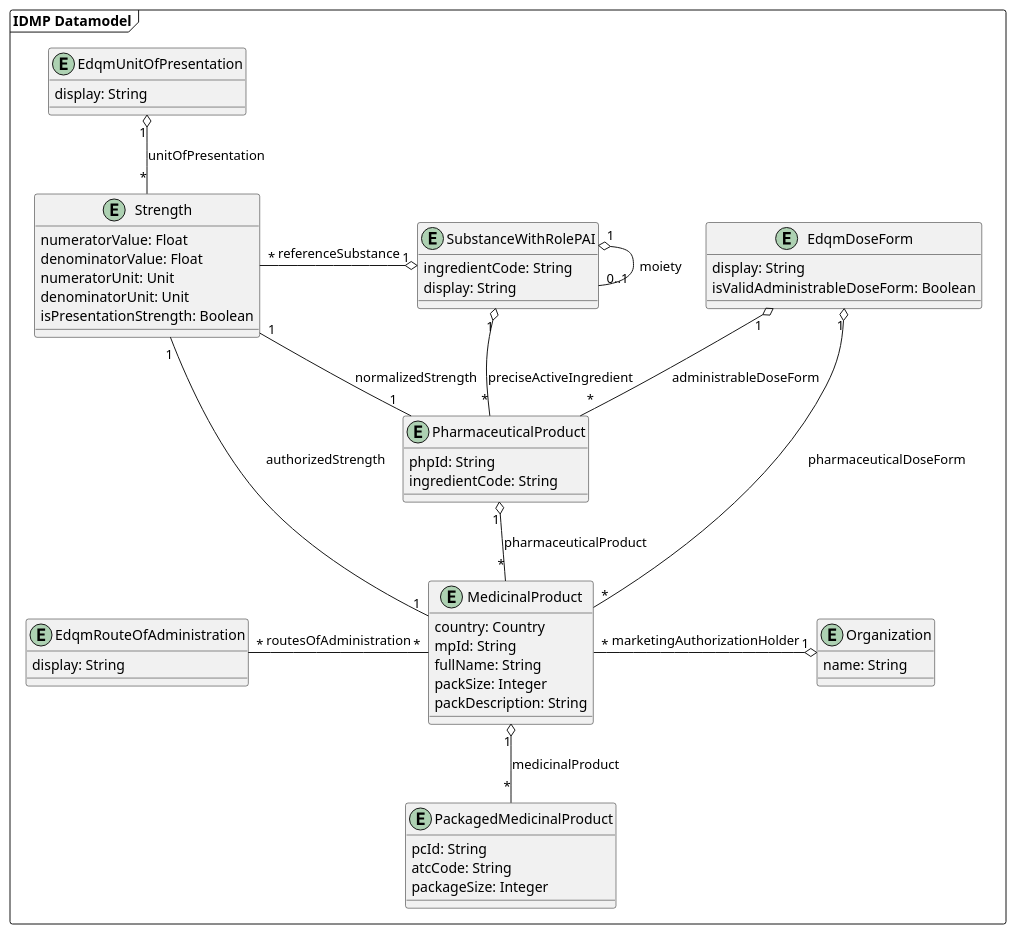
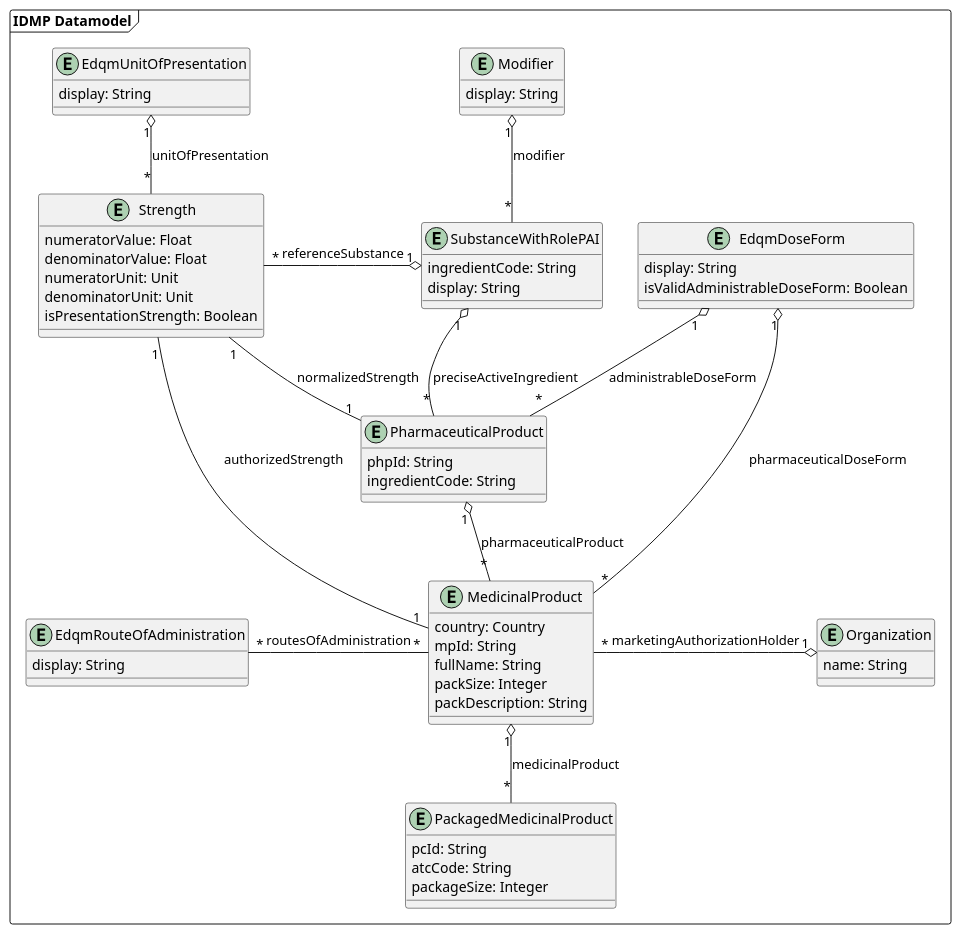
One commit to unicom-project-eu/wp6-db-api changed the diagram in uml/class/datamodel.puml. Above: the diagram before and after it, drawn with PlantUML.

Commit message:
Moved modifier to own entity

```diff
--- a/uml/class/datamodel.puml
+++ b/uml/class/datamodel.puml
@@ -1,73 +1,78 @@
 @startuml
 'https://plantuml.com/class-diagram
 
 package "IDMP Datamodel" as idmpDatamodel <<frame>> {
     entity EdqmRouteOfAdministration {
         display: String
     }
 
     entity EdqmUnitOfPresentation {
+        display: String
+    }
+
+    entity Modifier {
         display: String
     }
 
     together {
         entity EdqmDoseForm {
             display: String
             isValidAdministrableDoseForm: Boolean
         }
 
         entity Strength {
             numeratorValue: Float
             denominatorValue: Float
             numeratorUnit: Unit
             denominatorUnit: Unit
             isPresentationStrength: Boolean
         }
 
         entity SubstanceWithRolePAI {
             ingredientCode: String
             display: String
         }
     }
 
     entity PharmaceuticalProduct {
         phpId: String
         ingredientCode: String
     }
 
     entity MedicinalProduct {
         country: Country
         mpId: String
         fullName: String
         packSize: Integer
         packDescription: String
     }
 
     entity PackagedMedicinalProduct {
         pcId: String
         atcCode: String
         packageSize: Integer
     }
 
     entity Organization {
         name: String
     }
 
-    SubstanceWithRolePAI "1" o---- "*" PharmaceuticalProduct : preciseActiveIngredient
-    SubstanceWithRolePAI "1" o- "0..1" SubstanceWithRolePAI : moiety
+    Modifier "1" o-- "*" SubstanceWithRolePAI : modifier
+
+    SubstanceWithRolePAI "1" o------ "*" PharmaceuticalProduct : preciseActiveIngredient
     EdqmDoseForm "1" o-- "*" PharmaceuticalProduct : administrableDoseForm
     Strength "1" -- "1" PharmaceuticalProduct : normalizedStrength
 
     PharmaceuticalProduct "1" o-- "*" MedicinalProduct : pharmaceuticalProduct
 
     MedicinalProduct "1" o-- "*" PackagedMedicinalProduct : medicinalProduct
     MedicinalProduct "*" --o "1" EdqmDoseForm : pharmaceuticalDoseForm
     MedicinalProduct "1" -- "1" Strength : authorizedStrength
     EdqmRouteOfAdministration "*" - "*" MedicinalProduct : routesOfAdministration
     EdqmUnitOfPresentation "1" o-- "*" Strength: unitOfPresentation
 
     MedicinalProduct "*" -o "1" Organization : marketingAuthorizationHolder
 
     Strength "*" -o "1" SubstanceWithRolePAI : referenceSubstance
 }
 @enduml
```
